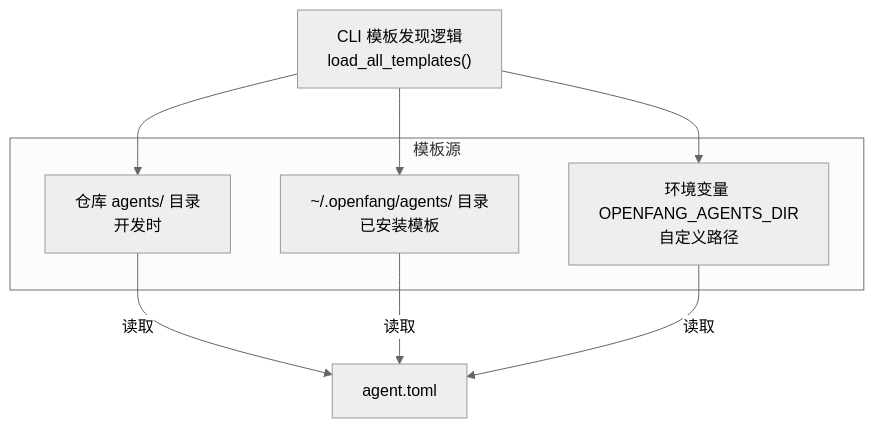
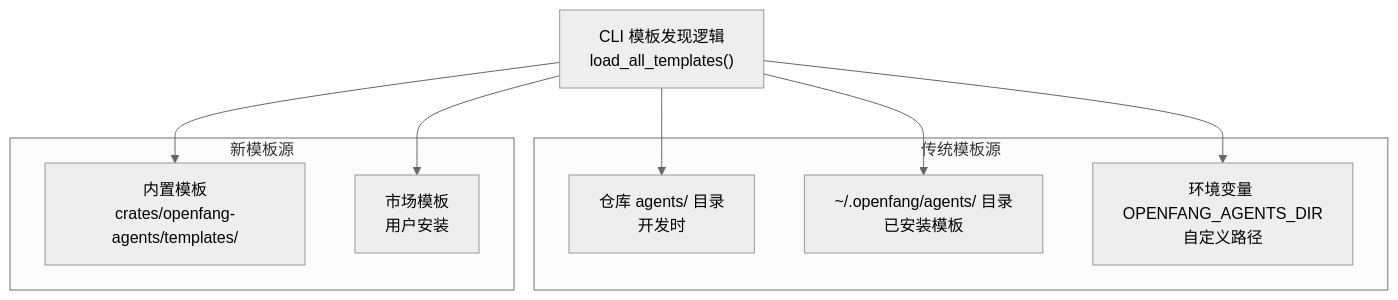
Before and after one commit to hexiaowen-bot/openfang: the first of 4 diagrams in .qoder/repowiki/zh/content/开发者指南/扩展开发指南/智能体模板开发.md, drawn with Mermaid (neutral theme). The commit also changed other lines of this file and 65 other files, not shown here.

````diff
--- a/.qoder/repowiki/zh/content/开发者指南/扩展开发指南/智能体模板开发.md
+++ b/.qoder/repowiki/zh/content/开发者指南/扩展开发指南/智能体模板开发.md
@@ -42,14 +65,17 @@
 ```mermaid
 graph TB
-subgraph "模板源"
+subgraph "传统模板源"
 Repo["仓库 agents/ 目录<br/>开发时"]
 Home["~/.openfang/agents/ 目录<br/>已安装模板"]
 Env["环境变量 OPENFANG_AGENTS_DIR<br/>自定义路径"]
 end
+subgraph "新模板源"
+Bundled["内置模板<br/>crates/openfang-agents/templates/"]
+Marketplace["市场模板<br/>用户安装"]
+end
 CLI["CLI 模板发现逻辑<br/>load_all_templates()"] --> Repo
 CLI --> Home
 CLI --> Env
-Repo --> |读取| TOML["agent.toml"]
-Home --> |读取| TOML
-Env --> |读取| TOML
+CLI --> Bundled
+CLI --> Marketplace
 ```
````
